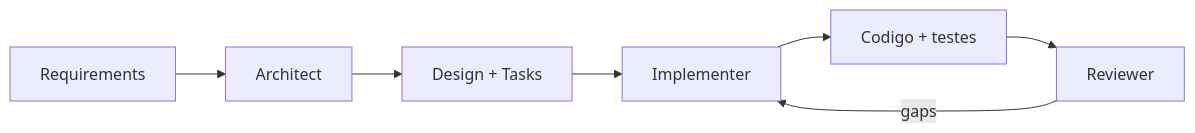
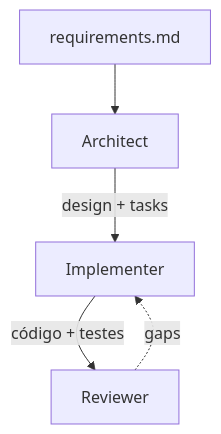
One commit to felipefontoura/spec-driven-development-book changed diagram 13 of 15 in BOOK.pt-BR.md. Above: the diagram before and after it, drawn with Mermaid. The commit also changed other lines of this file and 1 other file, not shown here.

````diff
--- a/BOOK.pt-BR.md
+++ b/BOOK.pt-BR.md
@@ -3146,12 +3062,10 @@
 ```mermaid
-flowchart LR
-    REQ[Requirements] --> ARC[Architect]
-    ARC --> DES[Design + Tasks]
-    DES --> IMP[Implementer]
-    IMP --> COD[Codigo + testes]
-    COD --> REV[Reviewer]
-    REV -->|gaps| IMP
+flowchart TB
+    REQ[requirements.md] --> ARC[Architect]
+    ARC -->|design + tasks| IMP[Implementer]
+    IMP -->|código + testes| REV[Reviewer]
+    REV -.->|gaps| IMP
 
     class ARC,IMP,REV accent;
-    class REQ,DES,COD neutral;
+    class REQ neutral;
 ```
````
